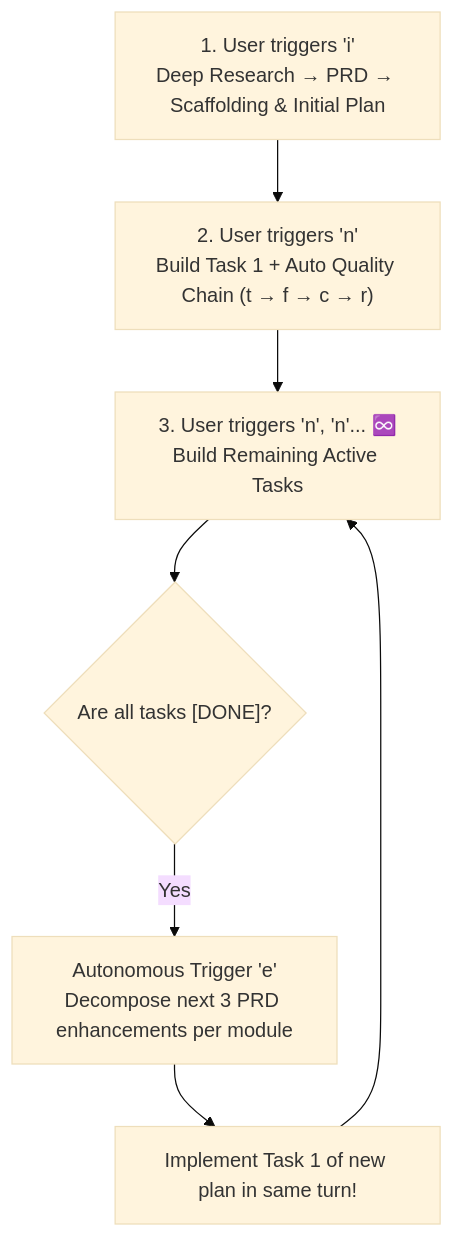
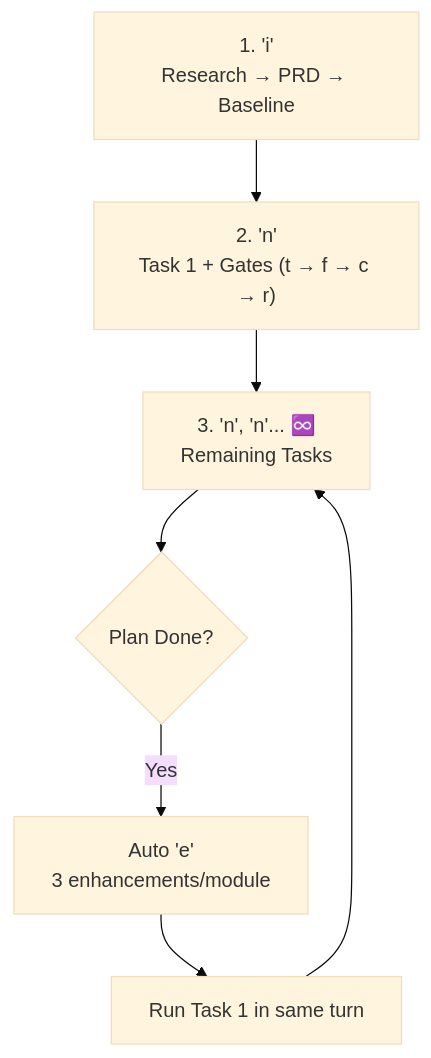
Before and after one commit to abdshomad/autonomous-coding-agents: the diagram in docs/features/core/architecture.md, drawn with Mermaid (base theme). The commit also changed other lines of this file and 28 other files, not shown here.

````diff
--- a/docs/features/core/architecture.md
+++ b/docs/features/core/architecture.md
@@ -17,9 +8,9 @@
 ```mermaid
 flowchart TD
-    I["1. User triggers 'i'<br/>Deep Research → PRD → Scaffolding & Initial Plan"] --> N1["2. User triggers 'n'<br/>Build Task 1 + Auto Quality Chain (t → f → c → r)"]
-    N1 --> N2["3. User triggers 'n', 'n'... ♾️<br/>Build Remaining Active Tasks"]
-    N2 --> CheckPlan{"Are all tasks [DONE]?"}
-    CheckPlan -- "Yes" --> AutoE["Autonomous Trigger 'e'<br/>Decompose next 3 PRD enhancements per module"]
-    AutoE --> AutoN["Implement Task 1 of new plan in same turn!"]
+    I["1. 'i'<br/>Research → PRD → Baseline"] --> N1["2. 'n'<br/>Task 1 + Gates (t → f → c → r)"]
+    N1 --> N2["3. 'n', 'n'... ♾️<br/>Remaining Tasks"]
+    N2 --> Check{"Plan Done?"}
+    Check -- "Yes" --> AutoE["Auto 'e'<br/>3 enhancements/module"]
+    AutoE --> AutoN["Run Task 1 in same turn"]
     AutoN --> N2
 ```
````
